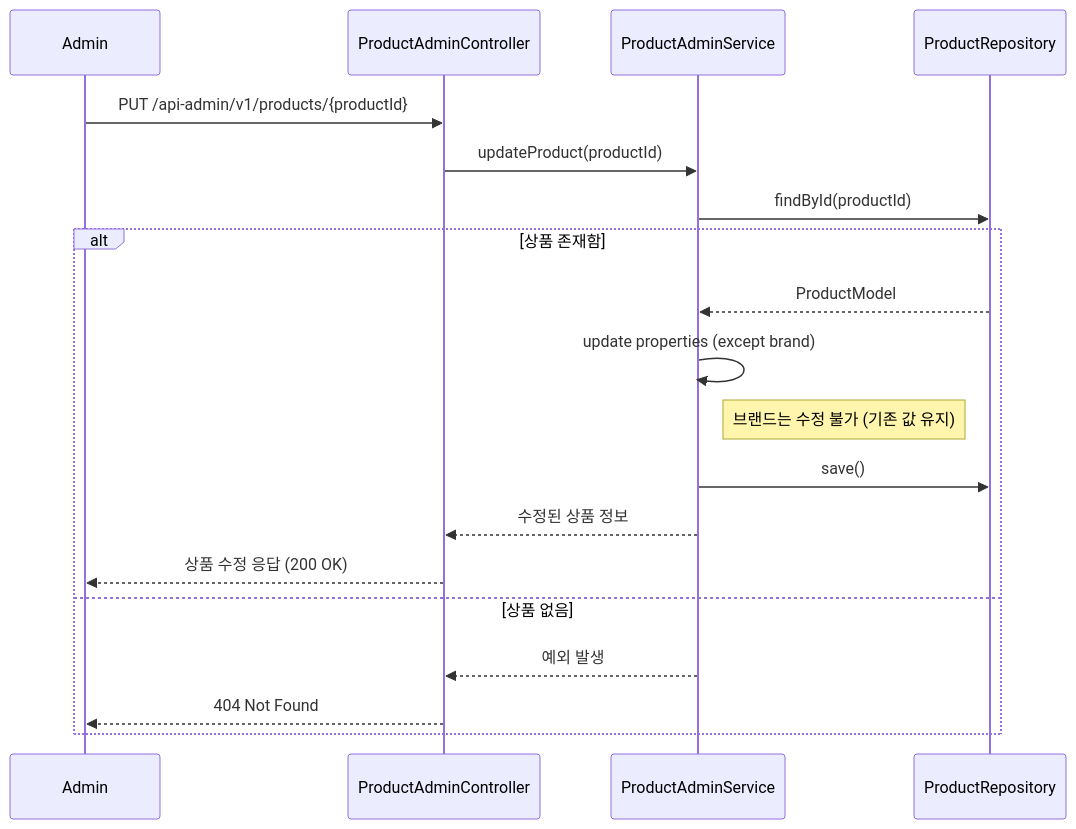
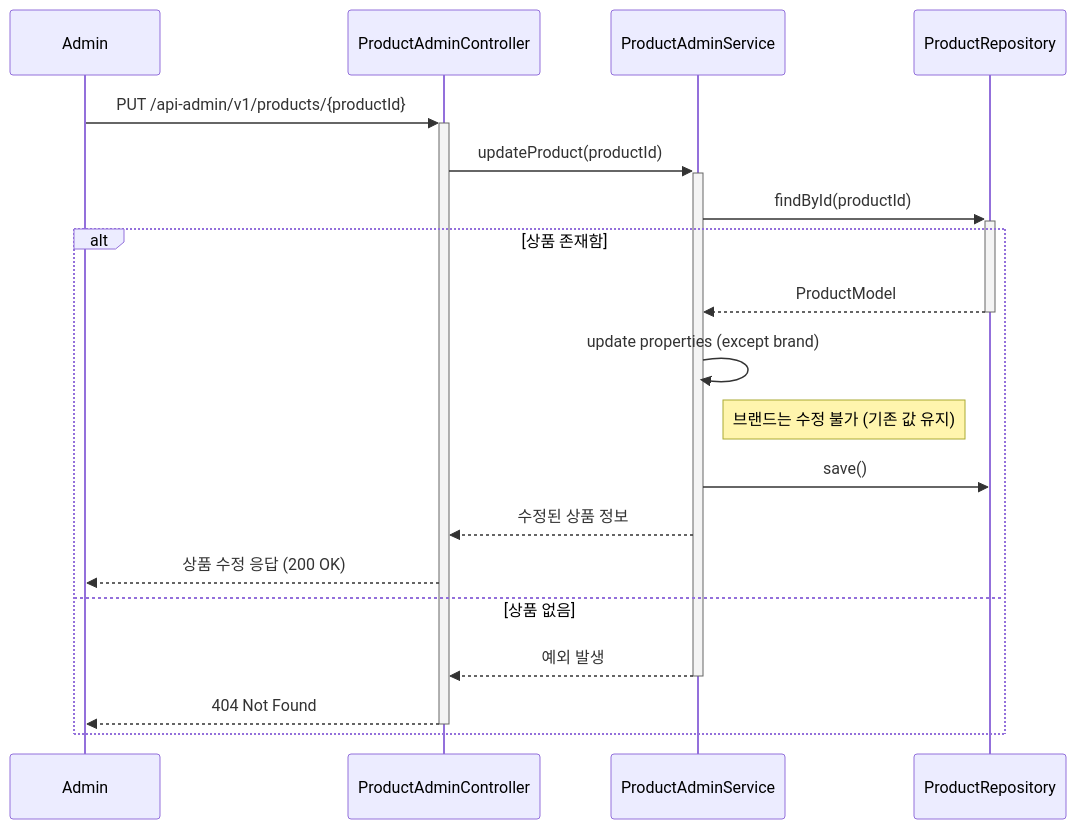
Before and after one commit to Loopers-dev-lab/loop-pack-be-l2-vol3-kotlin: diagram 12 of 21 in .docs/design/02-sequence-diagrams.md, drawn with Mermaid. The commit also changed other lines of this file, not shown here.

Commit message:
docs: 시퀀스 다이어그램 activation bar 추가

````diff
--- a/.docs/design/02-sequence-diagrams.md
+++ b/.docs/design/02-sequence-diagrams.md
@@ -350,23 +350,23 @@
 ```mermaid
 sequenceDiagram
     participant Admin
     participant ProductAdminController
     participant ProductAdminService
     participant ProductRepository
 
-    Admin ->> ProductAdminController: PUT /api-admin/v1/products/{productId}
-    ProductAdminController ->> ProductAdminService: updateProduct(productId)
-    ProductAdminService ->> ProductRepository: findById(productId)
-    
+    Admin ->>+ ProductAdminController: PUT /api-admin/v1/products/{productId}
+    ProductAdminController ->>+ ProductAdminService: updateProduct(productId)
+    ProductAdminService ->>+ ProductRepository: findById(productId)
+
     alt 상품 존재함
-        ProductRepository -->> ProductAdminService: ProductModel
+        ProductRepository -->>- ProductAdminService: ProductModel
         ProductAdminService ->> ProductAdminService: update properties (except brand)
         Note right of ProductAdminService: 브랜드는 수정 불가 (기존 값 유지)
         ProductAdminService ->> ProductRepository: save()
         ProductAdminService -->> ProductAdminController: 수정된 상품 정보
         ProductAdminController -->> Admin: 상품 수정 응답 (200 OK)
     else 상품 없음
-        ProductAdminService -->> ProductAdminController: 예외 발생
-        ProductAdminController -->> Admin: 404 Not Found
+        ProductAdminService -->>- ProductAdminController: 예외 발생
+        ProductAdminController -->>- Admin: 404 Not Found
     end
 ```
````
